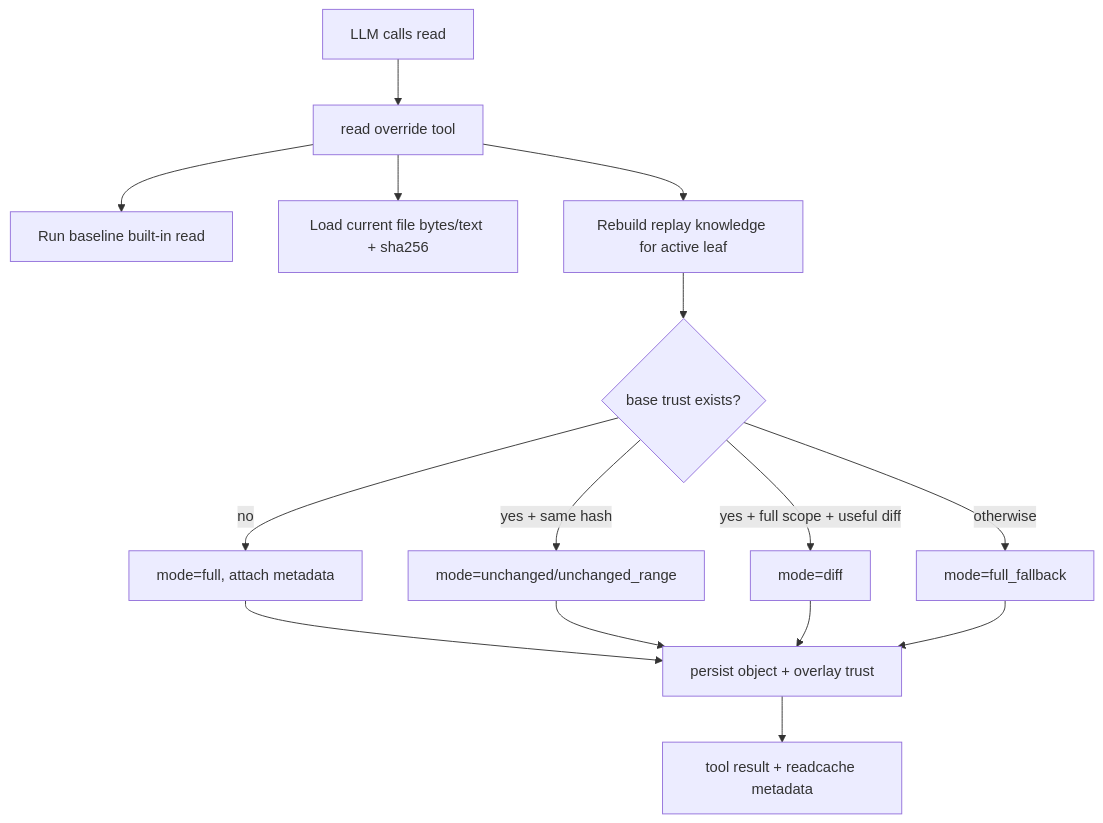
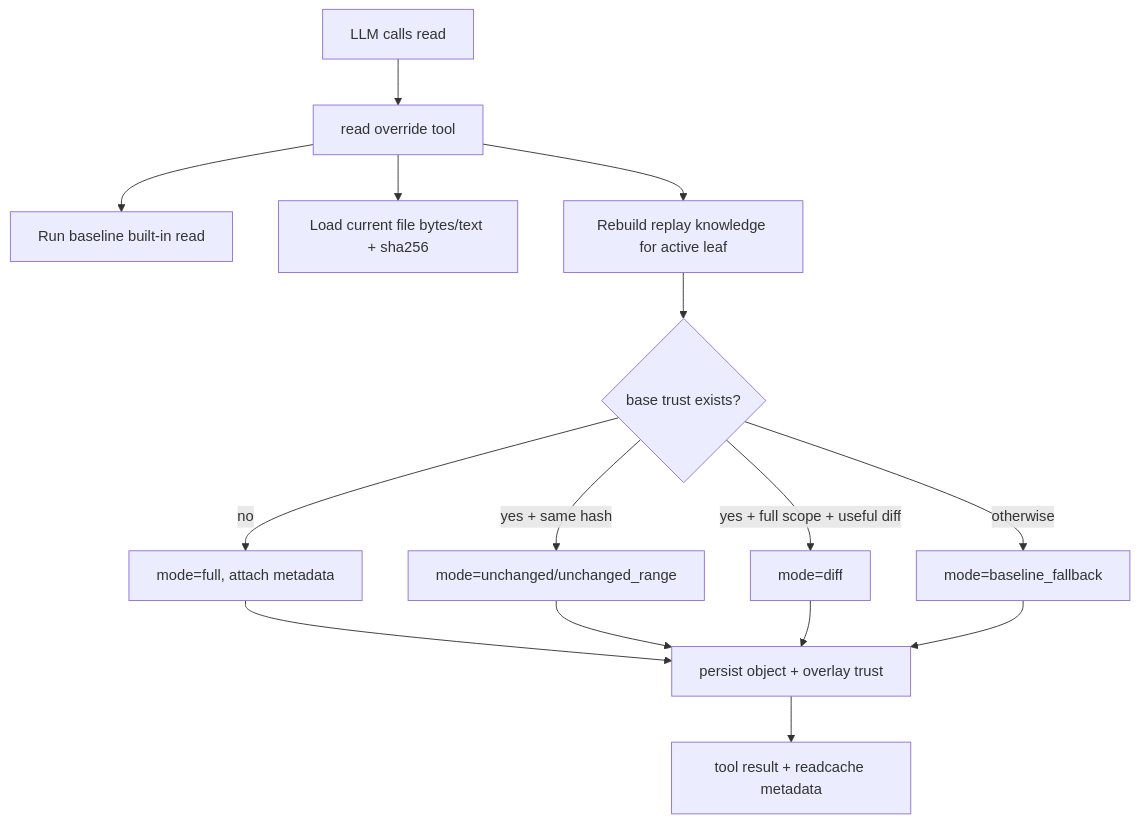
One commit to Gurpartap/pi-readcache changed the first of 2 diagrams in README.md. Above: the diagram before and after it, drawn with Mermaid. The commit also changed other lines of this file and 16 other files, not shown here.

First line of the commit message:
Rename fallback mode to baseline_fallback and tighten diff usefulness gating

````diff
--- a/README.md
+++ b/README.md
@@ -82,17 +82,17 @@
 ```mermaid
 flowchart TD
   A[LLM calls read] --> B[read override tool]
   B --> C[Run baseline built-in read]
   B --> D[Load current file bytes/text + sha256]
   B --> E[Rebuild replay knowledge for active leaf]
   E --> F{base trust exists?}
   F -- no --> G[mode=full, attach metadata]
   F -- yes + same hash --> H[mode=unchanged/unchanged_range]
   F -- yes + full scope + useful diff --> I[mode=diff]
-  F -- otherwise --> J[mode=full_fallback]
+  F -- otherwise --> J[mode=baseline_fallback]
   G --> K[persist object + overlay trust]
   H --> K
   I --> K
   J --> K
   K --> L[tool result + readcache metadata]
 ```
````
